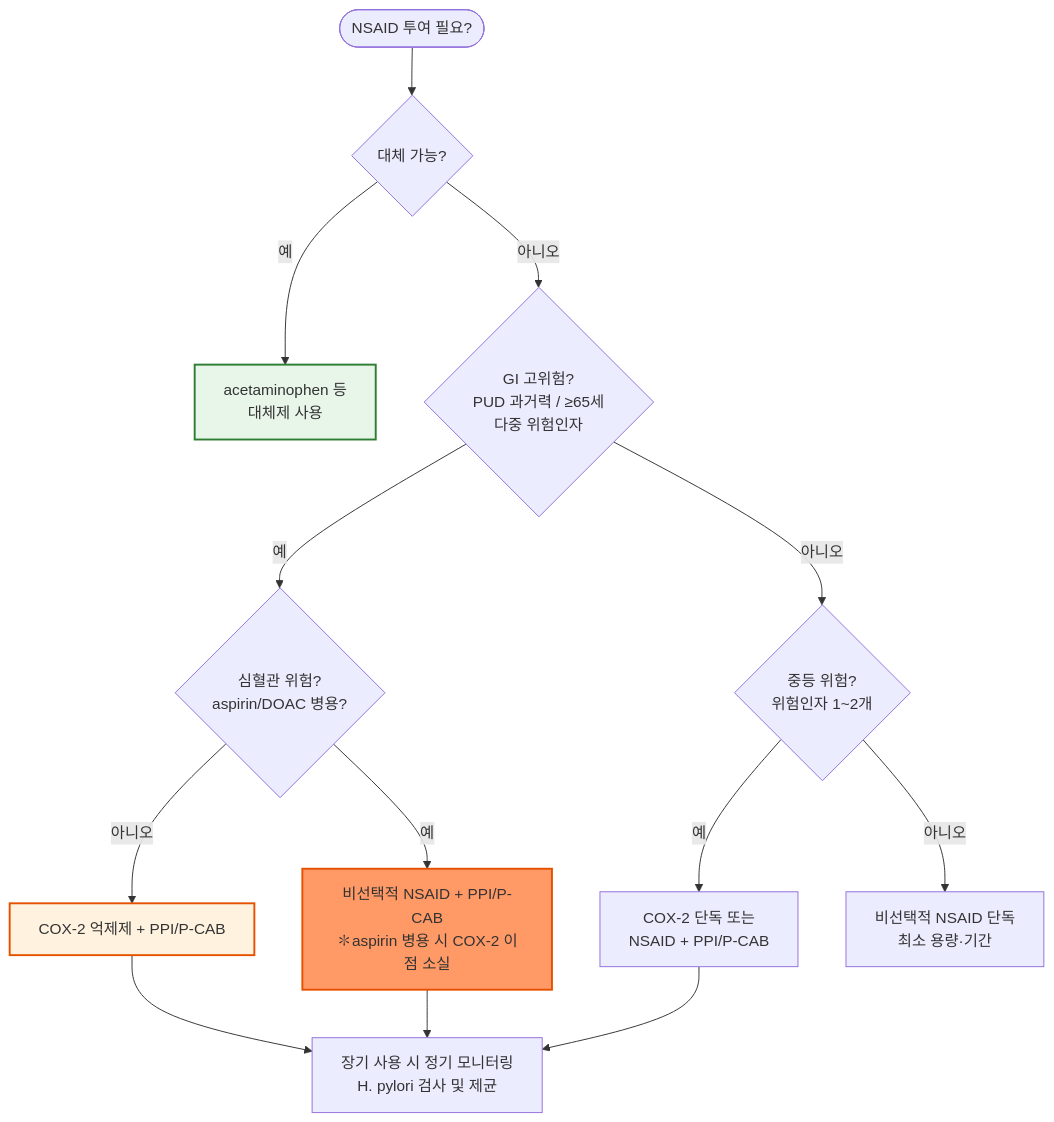
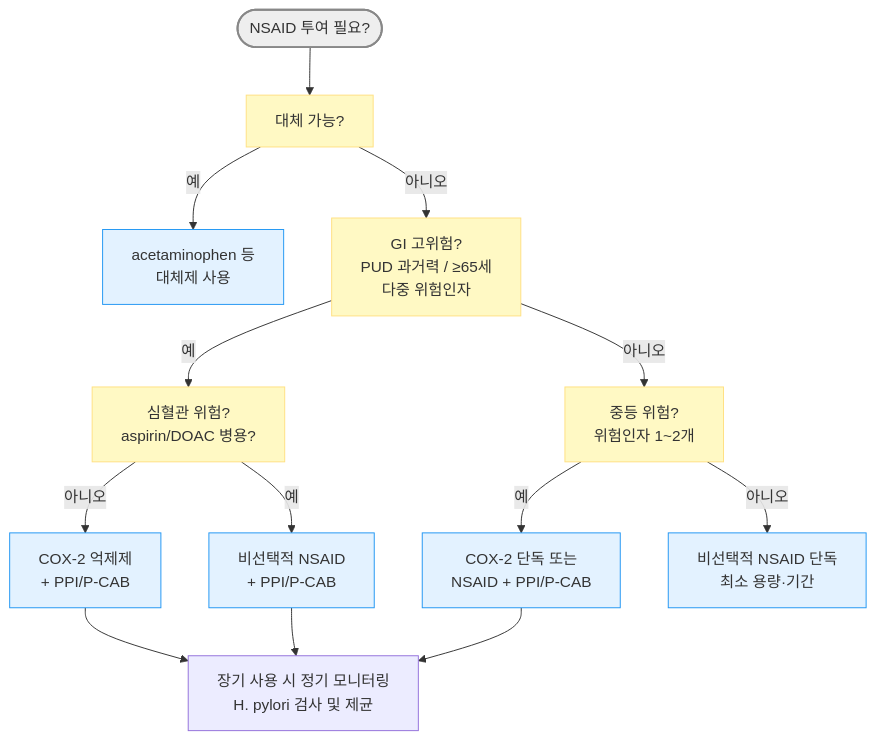
Before and after one commit to familyoh77/familyoh77: the second of 2 diagrams in 224_/079_-peptic-ulcer-pud.md, drawn with Mermaid. The commit also changed other lines of this file and 1 other file, not shown here.

````diff
--- a/224_/079_-peptic-ulcer-pud.md
+++ b/224_/079_-peptic-ulcer-pud.md
@@ -275,19 +259,21 @@
 ```mermaid
 graph TD
-    A([NSAID 투여 필요?]) --> B{대체 가능?}
+A([NSAID 투여 필요?]) --> B[대체 가능?]
     B -- 예 --> C[acetaminophen 등<br/>대체제 사용]
-    B -- 아니오 --> D{GI 고위험?<br/>PUD 과거력 / ≥65세<br/>다중 위험인자}
-    D -- 예 --> E{심혈관 위험?<br/>aspirin/DOAC 병용?}
-    E -- 아니오 --> F[COX-2 억제제 + PPI/P-CAB]
-    E -- 예 --> G[비선택적 NSAID + PPI/P-CAB<br/>✽aspirin 병용 시 COX-2 이점 소실]
-    D -- 아니오 --> H{중등 위험?<br/>위험인자 1~2개}
+    B -- 아니오 --> D[GI 고위험?<br/>PUD 과거력 / ≥65세<br/>다중 위험인자]
+    D -- 예 --> E[심혈관 위험?<br/>aspirin/DOAC 병용?]
+    E -- 아니오 --> F[COX-2 억제제 <br/>+ PPI/P-CAB]
+    E -- 예 --> G[비선택적 NSAID <br/>+ PPI/P-CAB]
+    D -- 아니오 --> H[중등 위험?<br/>위험인자 1~2개]
     H -- 예 --> I[COX-2 단독 또는<br/>NSAID + PPI/P-CAB]
     H -- 아니오 --> J[비선택적 NSAID 단독<br/>최소 용량·기간]
     F --> K[장기 사용 시 정기 모니터링<br/>H. pylori 검사 및 제균]
     G --> K
     I --> K
 
-    style F fill:#fff3e0,stroke:#e65100,stroke-width:2px
-    style G fill:#f96,stroke:#e65100,stroke-width:2px
-    style C fill:#e8f5e9,stroke:#2e7d32,stroke-width:2px
+style A fill:#eeeeee,stroke:#888888,stroke-width:2px
+classDef yellow fill:#fff9c4,stroke:#ffe082
+class B,D,E,H yellow
+classDef sky fill:#e3f2ff,stroke:#2196f3
+class C,F,G,I,J sky
 ```
````
